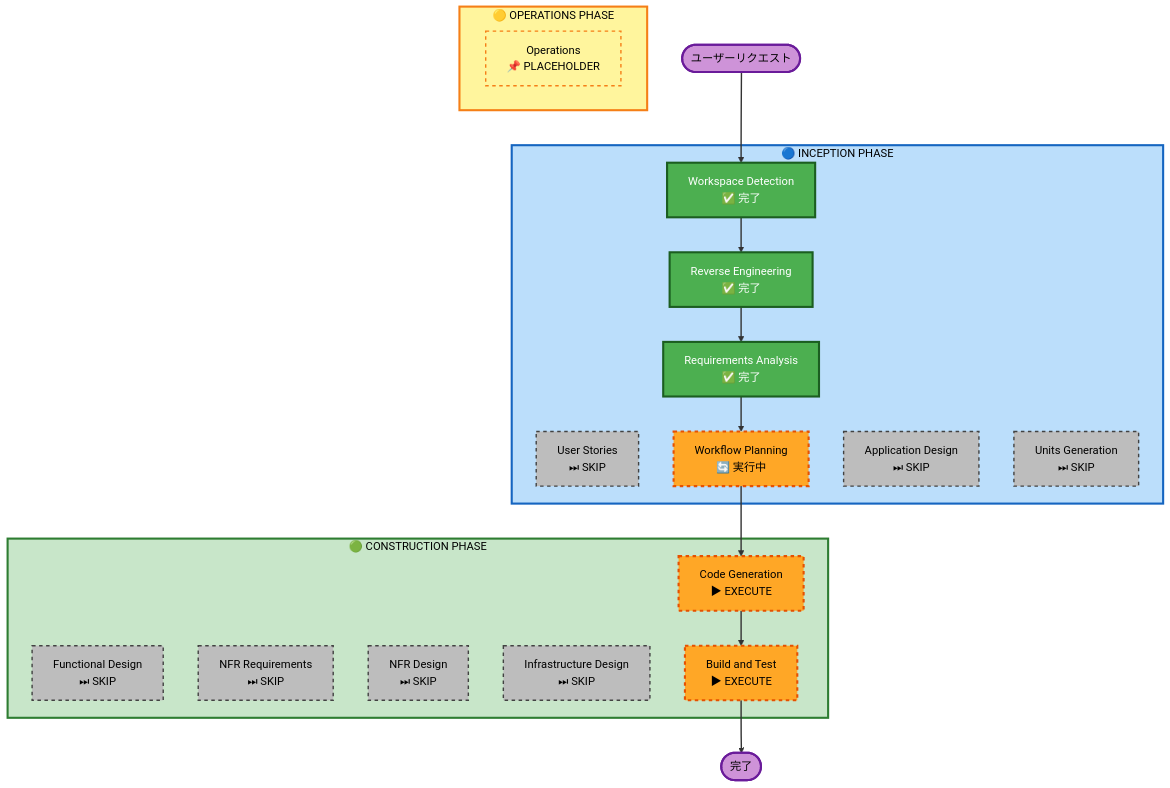
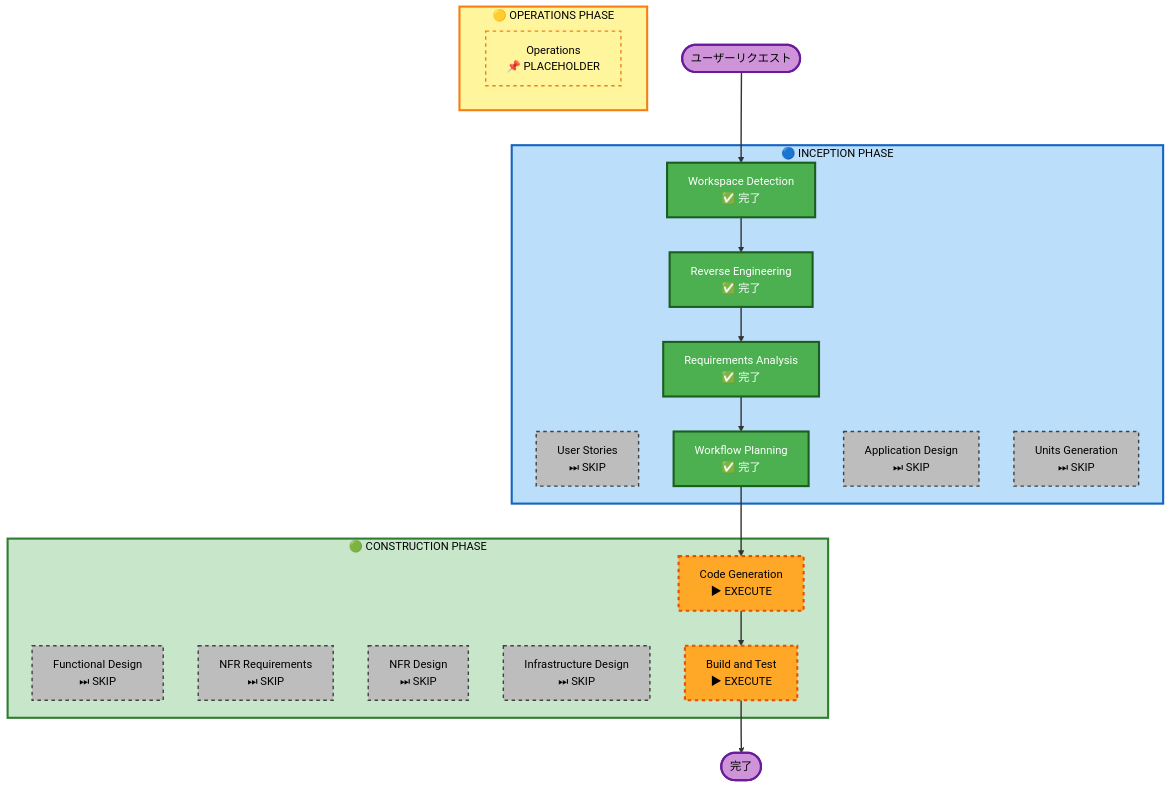
The diagram in aidlc-docs/inception/plans/execution-plan.md (rei1011/insightly), drawn with Mermaid before and after one commit. The commit also changed other lines of this file and 13 other files, not shown here.

````diff
--- a/aidlc-docs/inception/plans/execution-plan.md
+++ b/aidlc-docs/inception/plans/execution-plan.md
@@ -26,51 +35,51 @@
 ```mermaid
 flowchart TD
     Start(["ユーザーリクエスト"])
 
     subgraph INCEPTION["🔵 INCEPTION PHASE"]
         WD["Workspace Detection\n✅ 完了"]
         RE["Reverse Engineering\n✅ 完了"]
         RA["Requirements Analysis\n✅ 完了"]
         US["User Stories\n⏭ SKIP"]
-        WP["Workflow Planning\n🔄 実行中"]
+        WP["Workflow Planning\n✅ 完了"]
         AD["Application Design\n⏭ SKIP"]
         UG["Units Generation\n⏭ SKIP"]
     end
 
     subgraph CONSTRUCTION["🟢 CONSTRUCTION PHASE"]
         FD["Functional Design\n⏭ SKIP"]
         NFRA["NFR Requirements\n⏭ SKIP"]
         NFRD["NFR Design\n⏭ SKIP"]
         ID["Infrastructure Design\n⏭ SKIP"]
         CG["Code Generation\n▶ EXECUTE"]
         BT["Build and Test\n▶ EXECUTE"]
     end
 
     subgraph OPERATIONS["🟡 OPERATIONS PHASE"]
         OPS["Operations\n📌 PLACEHOLDER"]
     end
 
     Start --> WD --> RE --> RA --> WP
     WP --> CG --> BT --> End(["完了"])
 
     style WD fill:#4CAF50,stroke:#1B5E20,stroke-width:3px,color:#fff
     style RE fill:#4CAF50,stroke:#1B5E20,stroke-width:3px,color:#fff
     style RA fill:#4CAF50,stroke:#1B5E20,stroke-width:3px,color:#fff
-    style WP fill:#FFA726,stroke:#E65100,stroke-width:3px,stroke-dasharray:5 5,color:#000
+    style WP fill:#4CAF50,stroke:#1B5E20,stroke-width:3px,color:#fff
     style CG fill:#FFA726,stroke:#E65100,stroke-width:3px,stroke-dasharray:5 5,color:#000
     style BT fill:#FFA726,stroke:#E65100,stroke-width:3px,stroke-dasharray:5 5,color:#000
     style US fill:#BDBDBD,stroke:#424242,stroke-width:2px,stroke-dasharray:5 5,color:#000
     style AD fill:#BDBDBD,stroke:#424242,stroke-width:2px,stroke-dasharray:5 5,color:#000
     style UG fill:#BDBDBD,stroke:#424242,stroke-width:2px,stroke-dasharray:5 5,color:#000
     style FD fill:#BDBDBD,stroke:#424242,stroke-width:2px,stroke-dasharray:5 5,color:#000
     style NFRA fill:#BDBDBD,stroke:#424242,stroke-width:2px,stroke-dasharray:5 5,color:#000
     style NFRD fill:#BDBDBD,stroke:#424242,stroke-width:2px,stroke-dasharray:5 5,color:#000
     style ID fill:#BDBDBD,stroke:#424242,stroke-width:2px,stroke-dasharray:5 5,color:#000
     style OPS fill:#FFF59D,stroke:#F57F17,stroke-width:2px,stroke-dasharray:5 5,color:#000
     style Start fill:#CE93D8,stroke:#6A1B9A,stroke-width:3px,color:#000
     style End fill:#CE93D8,stroke:#6A1B9A,stroke-width:3px,color:#000
     style INCEPTION fill:#BBDEFB,stroke:#1565C0,stroke-width:3px,color:#000
     style CONSTRUCTION fill:#C8E6C9,stroke:#2E7D32,stroke-width:3px,color:#000
     style OPERATIONS fill:#FFF59D,stroke:#F57F17,stroke-width:3px,color:#000
     linkStyle default stroke:#333,stroke-width:2px
 ```
````
